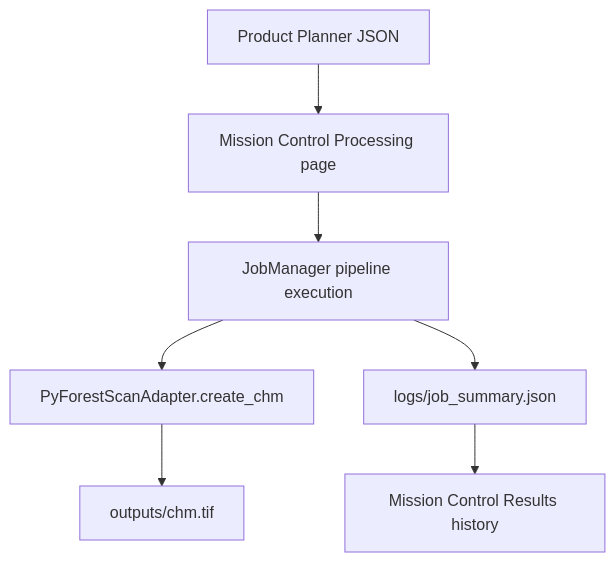
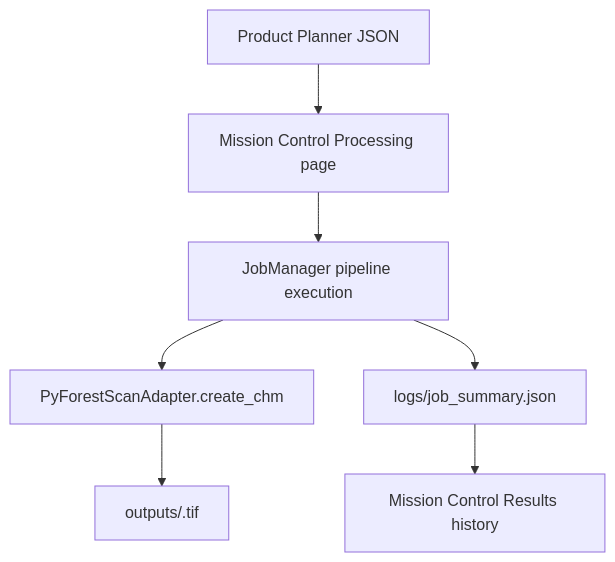
One commit to sticholas/pyforestscan-qgis changed the third of 3 diagrams in docs/USER_GUIDE.md. Above: the diagram before and after it, drawn with Mermaid. The commit also changed other lines of this file and 14 other files, not shown here.

````diff
--- a/docs/USER_GUIDE.md
+++ b/docs/USER_GUIDE.md
@@ -193,9 +197,9 @@
 ```mermaid
 flowchart TD
     A["Product Planner JSON"] --> B["Mission Control Processing page"]
     B --> C["JobManager pipeline execution"]
     C --> D["PyForestScanAdapter.create_chm"]
-    D --> E["outputs/chm.tif"]
+    D --> E["outputs/<chosen_chm_filename>.tif"]
     C --> F["logs/job_summary.json"]
     F --> G["Mission Control Results history"]
 ```
````
